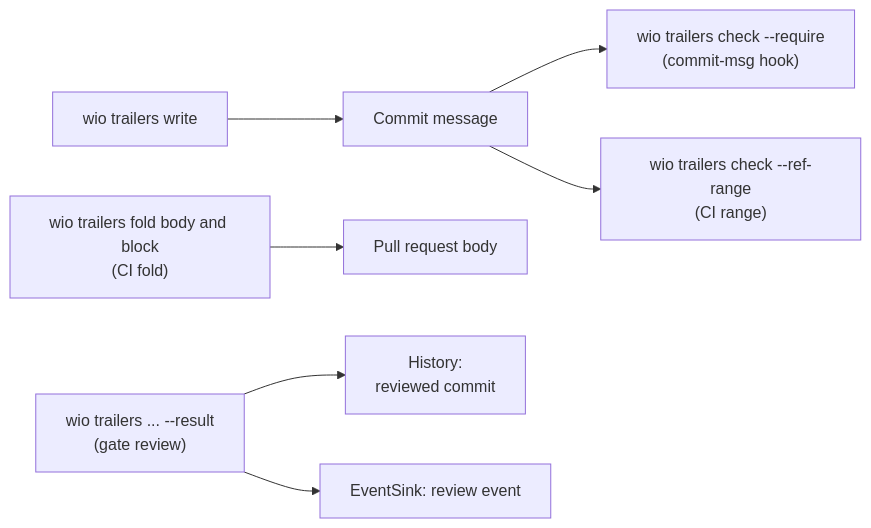
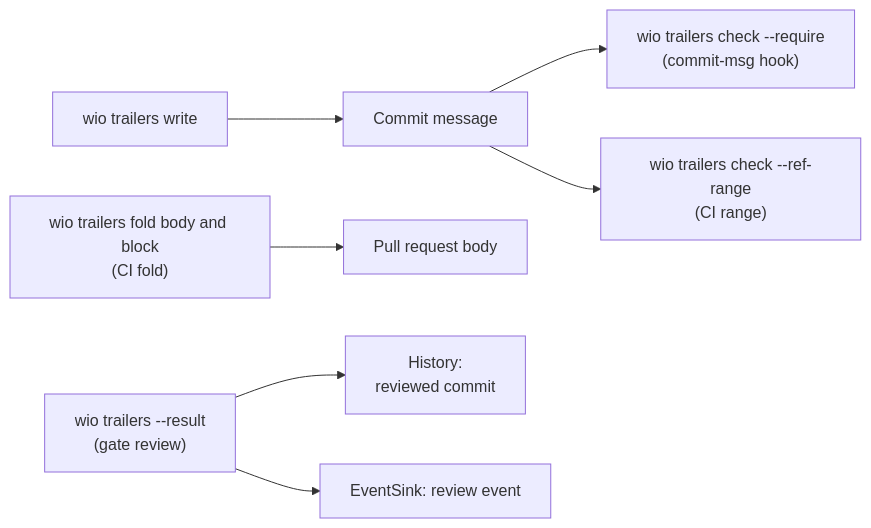
Before and after one commit to msitarz/wio: the second of 2 diagrams in .agents/wio/works/wio-trailers/README.md, drawn with Mermaid.

Commit message:
docs(trailers): fit the gate-review diagram line in 80 columns
Wio-Work: 3jbrzz
Wio-Action: define
Wio-Stage: define

````diff
--- a/.agents/wio/works/wio-trailers/README.md
+++ b/.agents/wio/works/wio-trailers/README.md
@@ -111,9 +111,9 @@
 ```mermaid
 flowchart LR
   A["wio trailers write"] --> B[Commit message]
   B --> C["wio trailers check --require\n(commit-msg hook)"]
   B --> D["wio trailers check --ref-range\n(CI range)"]
   E["wio trailers fold body and block\n(CI fold)"] --> F[Pull request body]
-  G["wio trailers ... --result\n(gate review)"] --> H["History:\nreviewed commit"]
+  G["wio trailers --result\n(gate review)"] --> H["History:\nreviewed commit"]
   G --> I["EventSink: review event"]
 ```
````
